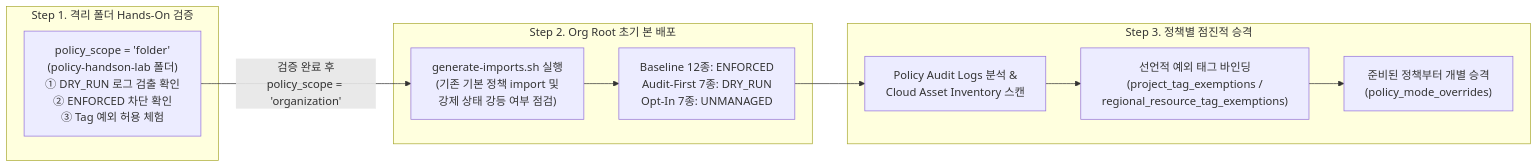
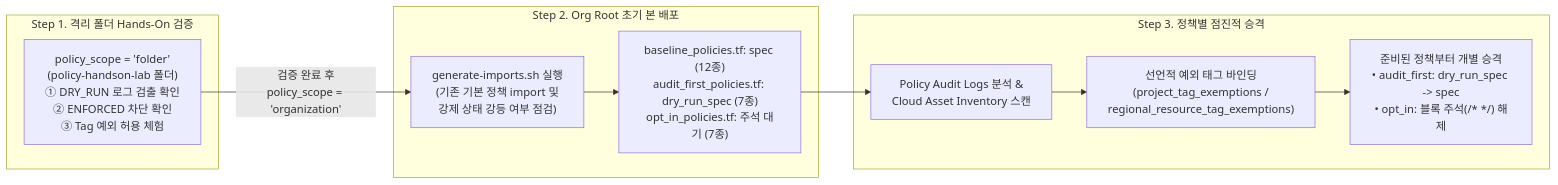
The diagram in iam/minimal-org-policies/README.md (rom2019/gcp-sandbox), drawn with Mermaid before and after one commit. The commit also changed other lines of this file and 16 other files, not shown here.

Commit message:
refactor(iam/minimal-org-policies): replace dynamic loop with static tier policy files

````diff
--- a/iam/minimal-org-policies/README.md
+++ b/iam/minimal-org-policies/README.md
@@ -26,23 +26,23 @@
 ```mermaid
 flowchart LR
     subgraph Step1["Step 1. 격리 폴더 Hands-On 검증"]
         Lab["policy_scope = 'folder'\n(policy-handson-lab 폴더)\n① DRY_RUN 로그 검출 확인\n② ENFORCED 차단 확인\n③ Tag 예외 허용 체험"]
     end
 
     subgraph Step2["Step 2. Org Root 초기 본 배포"]
         Import["generate-imports.sh 실행\n(기존 기본 정책 import 및\n강제 상태 강등 여부 점검)"]
-        Base["Baseline 12종: ENFORCED\nAudit-First 7종: DRY_RUN\nOpt-In 7종: UNMANAGED"]
+        Base["baseline_policies.tf: spec (12종)\naudit_first_policies.tf: dry_run_spec (7종)\nopt_in_policies.tf: 주석 대기 (7종)"]
     end
 
     subgraph Step3["Step 3. 정책별 점진적 승격"]
         Observe["Policy Audit Logs 분석 &\nCloud Asset Inventory 스캔"]
         Exempt["선언적 예외 태그 바인딩\n(project_tag_exemptions /\nregional_resource_tag_exemptions)"]
-        Promote["준비된 정책부터 개별 승격\n(policy_mode_overrides)"]
+        Promote["준비된 정책부터 개별 승격\n• audit_first: dry_run_spec -> spec\n• opt_in: 블록 주석(/* */) 해제"]
     end
 
     Lab -->|"검증 완료 후\npolicy_scope = 'organization'"| Import
     Import --> Base
     Base --> Observe
     Observe --> Exempt
     Exempt --> Promote
 ```
````
